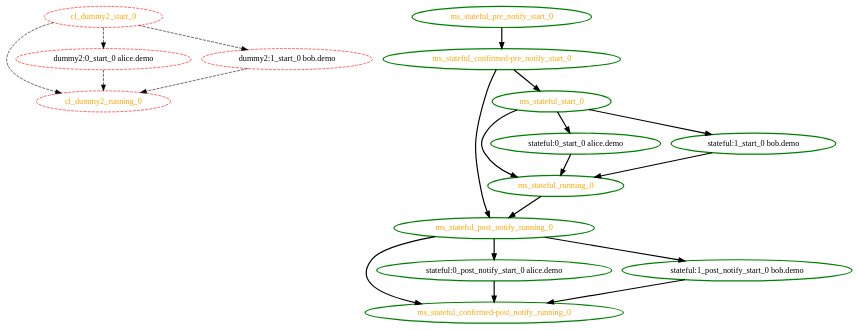
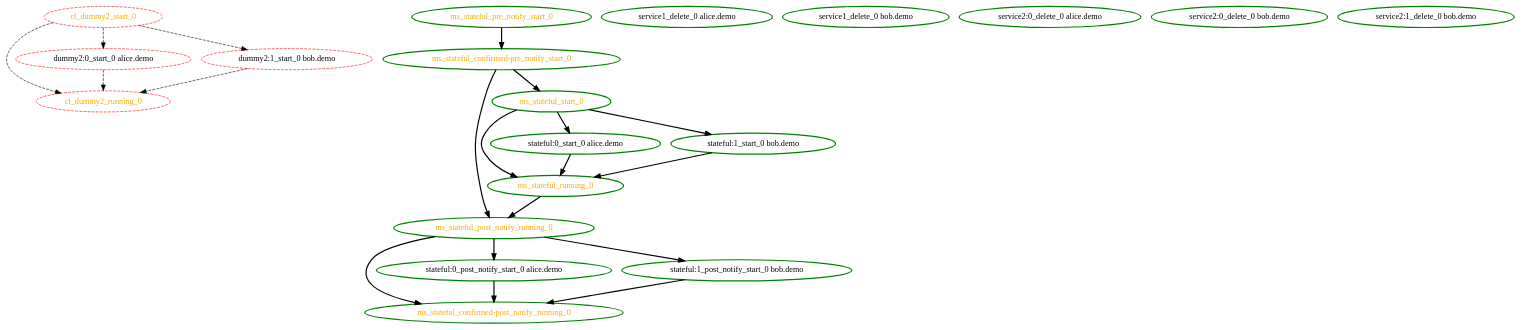
The diagram in pengine/test10/bug-lf-2361.dot (ClusterLabs/pacemaker), drawn with Graphviz before and after one commit. The commit also changed 40 other files, not shown here.

```diff
--- a/pengine/test10/bug-lf-2361.dot
+++ b/pengine/test10/bug-lf-2361.dot
@@ -1,35 +1,40 @@
 digraph "g" {
 "cl_dummy2_running_0" [ style=dashed color="red" fontcolor="orange" ]
 "cl_dummy2_start_0" -> "cl_dummy2_running_0" [ style = dashed]
 "cl_dummy2_start_0" -> "dummy2:0_start_0 alice.demo" [ style = dashed]
 "cl_dummy2_start_0" -> "dummy2:1_start_0 bob.demo" [ style = dashed]
 "cl_dummy2_start_0" [ style=dashed color="red" fontcolor="orange" ]
 "dummy2:0_start_0 alice.demo" -> "cl_dummy2_running_0" [ style = dashed]
 "dummy2:0_start_0 alice.demo" [ style=dashed color="red" fontcolor="black" ]
 "dummy2:1_start_0 bob.demo" -> "cl_dummy2_running_0" [ style = dashed]
 "dummy2:1_start_0 bob.demo" [ style=dashed color="red" fontcolor="black" ]
 "ms_stateful_confirmed-post_notify_running_0" [ style=bold color="green" fontcolor="orange" ]
 "ms_stateful_confirmed-pre_notify_start_0" -> "ms_stateful_post_notify_running_0" [ style = bold]
 "ms_stateful_confirmed-pre_notify_start_0" -> "ms_stateful_start_0" [ style = bold]
 "ms_stateful_confirmed-pre_notify_start_0" [ style=bold color="green" fontcolor="orange" ]
 "ms_stateful_post_notify_running_0" -> "ms_stateful_confirmed-post_notify_running_0" [ style = bold]
 "ms_stateful_post_notify_running_0" -> "stateful:0_post_notify_start_0 alice.demo" [ style = bold]
 "ms_stateful_post_notify_running_0" -> "stateful:1_post_notify_start_0 bob.demo" [ style = bold]
 "ms_stateful_post_notify_running_0" [ style=bold color="green" fontcolor="orange" ]
 "ms_stateful_pre_notify_start_0" -> "ms_stateful_confirmed-pre_notify_start_0" [ style = bold]
 "ms_stateful_pre_notify_start_0" [ style=bold color="green" fontcolor="orange" ]
 "ms_stateful_running_0" -> "ms_stateful_post_notify_running_0" [ style = bold]
 "ms_stateful_running_0" [ style=bold color="green" fontcolor="orange" ]
 "ms_stateful_start_0" -> "ms_stateful_running_0" [ style = bold]
 "ms_stateful_start_0" -> "stateful:0_start_0 alice.demo" [ style = bold]
 "ms_stateful_start_0" -> "stateful:1_start_0 bob.demo" [ style = bold]
 "ms_stateful_start_0" [ style=bold color="green" fontcolor="orange" ]
+"service1_delete_0 alice.demo" [ style=bold color="green" fontcolor="black"]
+"service1_delete_0 bob.demo" [ style=bold color="green" fontcolor="black"]
+"service2:0_delete_0 alice.demo" [ style=bold color="green" fontcolor="black"]
+"service2:0_delete_0 bob.demo" [ style=bold color="green" fontcolor="black"]
+"service2:1_delete_0 bob.demo" [ style=bold color="green" fontcolor="black"]
 "stateful:0_post_notify_start_0 alice.demo" -> "ms_stateful_confirmed-post_notify_running_0" [ style = bold]
 "stateful:0_post_notify_start_0 alice.demo" [ style=bold color="green" fontcolor="black" ]
 "stateful:0_start_0 alice.demo" -> "ms_stateful_running_0" [ style = bold]
 "stateful:0_start_0 alice.demo" [ style=bold color="green" fontcolor="black" ]
 "stateful:1_post_notify_start_0 bob.demo" -> "ms_stateful_confirmed-post_notify_running_0" [ style = bold]
 "stateful:1_post_notify_start_0 bob.demo" [ style=bold color="green" fontcolor="black" ]
 "stateful:1_start_0 bob.demo" -> "ms_stateful_running_0" [ style = bold]
 "stateful:1_start_0 bob.demo" [ style=bold color="green" fontcolor="black" ]
 }
```
